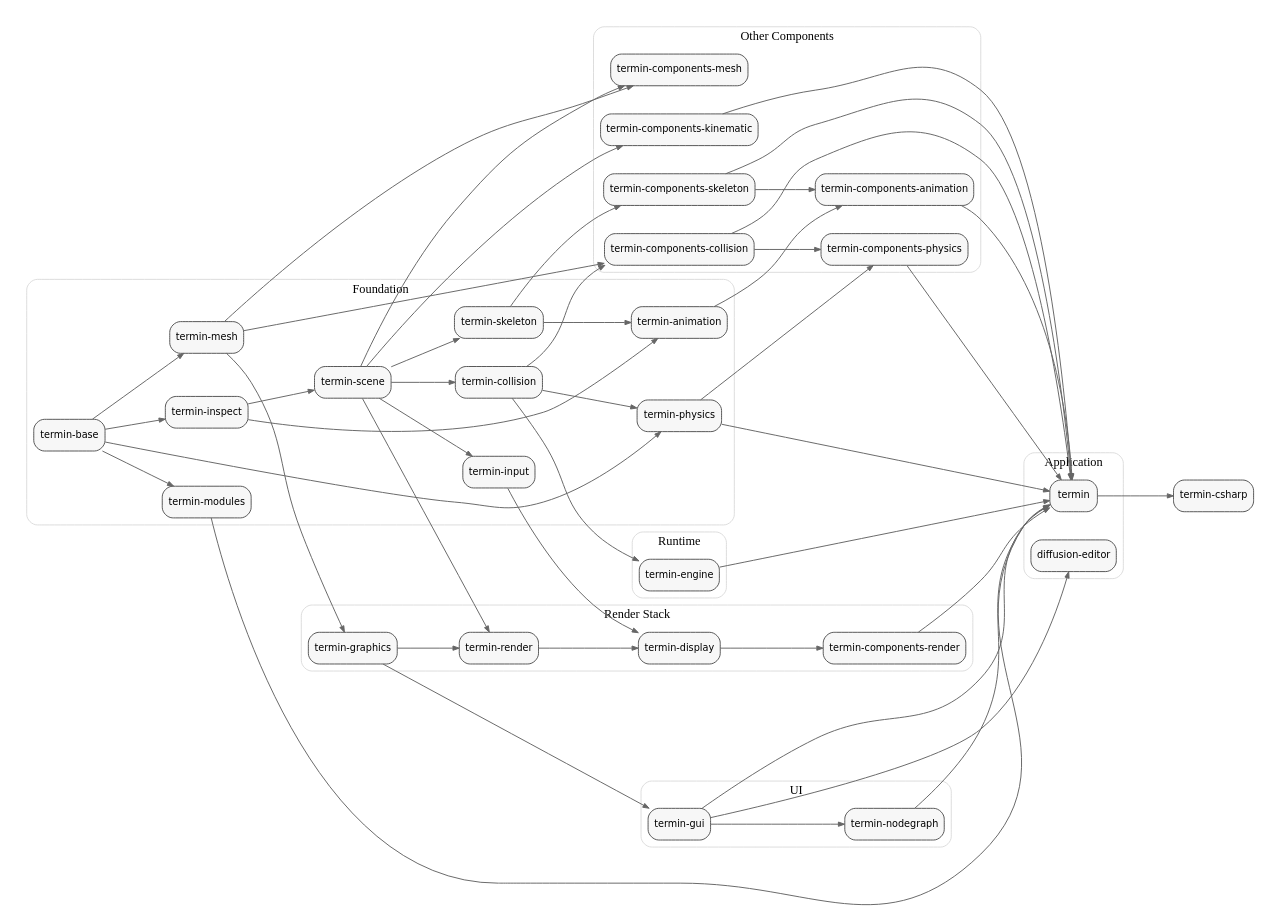
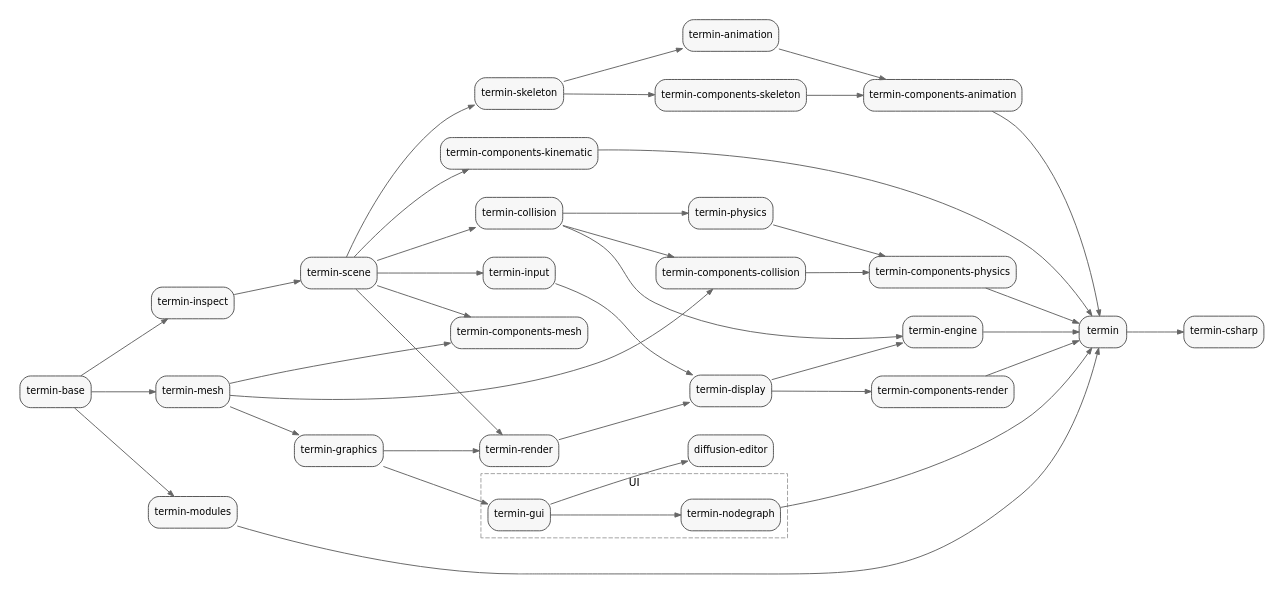
One commit to mirmik/termin changed the diagram in docs/library-dependencies.dot. Above: the diagram before and after it, drawn with Graphviz. The commit also changed 3 other files, not shown here.

```diff
--- a/docs/library-dependencies.dot
+++ b/docs/library-dependencies.dot
@@ -1,127 +1,96 @@
 digraph termin_dependencies {
 	graph [bgcolor=white,
 		nodesep=0.45,
 		overlap=false,
 		pad=0.2,
 		rankdir=LR,
 		ranksep=0.9,
 		splines=true
 	];
 	node [color="#444444",
 		fillcolor="#f7f7f7",
 		fontname="DejaVu Sans",
 		fontsize=11,
 		margin="0.10,0.06",
 		shape=box,
 		style="rounded,filled"
 	];
 	edge [arrowsize=0.7,
 		color="#666666",
 		penwidth=1.1
 	];
-	subgraph cluster_foundation {
-		graph [color="#d9d9d9",
-			label=Foundation,
-			style=rounded
-		];
-		"termin-base";
-		"termin-mesh";
-		"termin-inspect";
-		"termin-scene";
-		"termin-input";
-		"termin-modules";
-		"termin-collision";
-		"termin-physics";
-		"termin-skeleton";
-		"termin-animation";
-	}
-	subgraph cluster_render {
-		graph [color="#d9d9d9",
-			label="Render Stack",
-			style=rounded
-		];
-		"termin-graphics";
-		"termin-render";
-		"termin-display";
-		"termin-components-render";
-	}
-	subgraph cluster_components {
-		graph [color="#d9d9d9",
-			label="Other Components",
-			style=rounded
-		];
-		"termin-components-collision";
-		"termin-components-skeleton";
-		"termin-components-animation";
-		"termin-components-physics";
-		"termin-components-mesh";
-		"termin-components-kinematic";
-	}
-	subgraph cluster_runtime {
-		graph [color="#d9d9d9",
-			label=Runtime,
-			style=rounded
-		];
-		"termin-engine";
-	}
+
 	subgraph cluster_ui {
-		graph [color="#d9d9d9",
-			label=UI,
-			style=rounded
-		];
+		label="UI";
+		style=dashed;
+		color="#999999";
+		fontname="DejaVu Sans";
+		fontsize=12;
 		"termin-gui";
 		"termin-nodegraph";
 	}
-	subgraph cluster_application {
-		graph [color="#d9d9d9",
-			label=Application,
-			style=rounded
-		];
-		termin;
-		"diffusion-editor";
-	}
+
+	"diffusion-editor";
+	"termin";
+	"termin-animation";
+	"termin-base";
+	"termin-collision";
+	"termin-components-animation";
+	"termin-components-collision";
+	"termin-components-kinematic";
+	"termin-components-mesh";
+	"termin-components-physics";
+	"termin-components-render";
+	"termin-components-skeleton";
 	"termin-csharp";
+	"termin-display";
+	"termin-engine";
+	"termin-graphics";
+	"termin-input";
+	"termin-inspect";
+	"termin-mesh";
+	"termin-modules";
+	"termin-physics";
+	"termin-render";
+	"termin-scene";
+	"termin-skeleton";
+
+	"termin" -> "termin-csharp";
+	"termin-animation" -> "termin-components-animation";
+	"termin-base" -> "termin-inspect";
 	"termin-base" -> "termin-mesh";
-	"termin-base" -> "termin-inspect";
 	"termin-base" -> "termin-modules";
-	"termin-base" -> "termin-physics";
-	"termin-mesh" -> "termin-graphics";
+	"termin-collision" -> "termin-components-collision";
+	"termin-collision" -> "termin-engine";
+	"termin-collision" -> "termin-physics";
+	"termin-components-animation" -> "termin";
+	"termin-components-collision" -> "termin-components-physics";
+	"termin-components-kinematic" -> "termin";
+	"termin-components-physics" -> "termin";
+	"termin-components-render" -> "termin";
+	"termin-components-skeleton" -> "termin-components-animation";
+	"termin-display" -> "termin-components-render";
+	"termin-display" -> "termin-engine";
+	"termin-engine" -> "termin";
+	"termin-graphics" -> "termin-gui";
+	"termin-graphics" -> "termin-render";
+	"termin-gui" -> "diffusion-editor";
+	"termin-gui" -> "termin-nodegraph";
+	"termin-input" -> "termin-display";
+	"termin-inspect" -> "termin-scene";
 	"termin-mesh" -> "termin-components-collision";
 	"termin-mesh" -> "termin-components-mesh";
-	"termin-inspect" -> "termin-scene";
+	"termin-mesh" -> "termin-graphics";
+	"termin-modules" -> "termin";
+	"termin-nodegraph" -> "termin";
+	"termin-physics" -> "termin-components-physics";
+	"termin-render" -> "termin-display";
+	"termin-scene" -> "termin-collision";
+	"termin-scene" -> "termin-components-kinematic";
+	"termin-scene" -> "termin-components-mesh";
 	"termin-scene" -> "termin-input";
-	"termin-scene" -> "termin-collision";
 	"termin-scene" -> "termin-render";
-	"termin-scene" -> "termin-components-mesh";
-	"termin-scene" -> "termin-components-kinematic";
-	"termin-input" -> "termin-display";
-	"termin-collision" -> "termin-engine";
-	"termin-collision" -> "termin-components-collision";
-	"termin-collision" -> "termin-physics";
 	"termin-scene" -> "termin-skeleton";
-	"termin-inspect" -> "termin-animation";
 	"termin-skeleton" -> "termin-animation";
-	"termin-graphics" -> "termin-render";
-	"termin-graphics" -> "termin-gui";
-	"termin-render" -> "termin-display";
-	"termin-display" -> "termin-components-render";
-	"termin-physics" -> "termin-components-physics";
-	"termin-components-collision" -> "termin-components-physics";
 	"termin-skeleton" -> "termin-components-skeleton";
-	"termin-animation" -> "termin-components-animation";
-	"termin-components-skeleton" -> "termin-components-animation";
-	"termin-components-skeleton" -> termin;
-	"termin-components-animation" -> termin;
-	"termin-components-collision" -> termin;
-	"termin-components-kinematic" -> termin;
-	"termin-components-render" -> termin;
-	"termin-components-physics" -> termin;
-	"termin-physics" -> termin;
-	"termin-modules" -> termin;
-	"termin-engine" -> termin;
-	"termin-gui" -> termin;
-	"termin-nodegraph" -> termin;
-	termin -> "termin-csharp";
-	"termin-gui" -> "termin-nodegraph";
-	"termin-gui" -> "diffusion-editor";
 }
```
